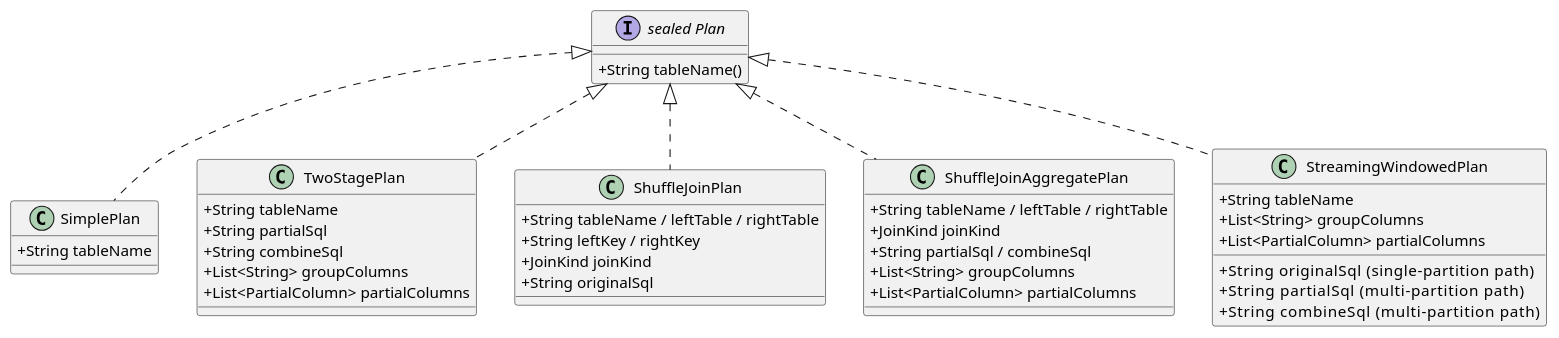
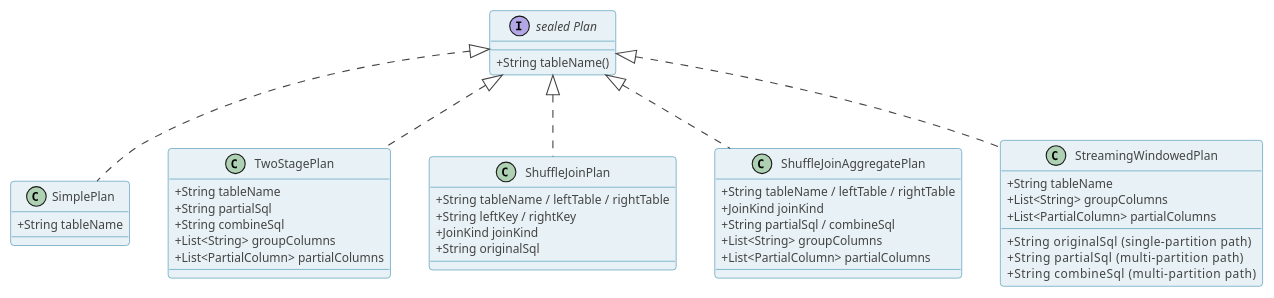
The third of 10 diagrams in docs/user-guide/mesh-user-guide.adoc (geekychris/hitorro-mesh-core), drawn with PlantUML before and after one commit. The commit also changed other lines of this file, not shown here.

```diff
--- a/docs/user-guide/mesh-user-guide.adoc
+++ b/docs/user-guide/mesh-user-guide.adoc
@@ -260,55 +403,69 @@
 [plantuml, plan-hierarchy, svg]
 ....
 @startuml
-skinparam classAttributeIconSize 0
 skinparam backgroundColor transparent
 skinparam defaultFontName Helvetica
+skinparam defaultFontSize 11
+skinparam roundCorner 6
+skinparam shadowing false
+skinparam class {
+  BackgroundColor #E8F1F5
+  BorderColor #2E86AB
+  FontColor #333
+  AttributeFontColor #444
+  ArrowColor #444
+}
+skinparam interface {
+  BackgroundColor #FFF3E0
+  BorderColor #F18F01
+}
+skinparam classAttributeIconSize 0
 
 interface "sealed Plan" as Plan {
   + String tableName()
 }
 
 class SimplePlan {
   + String tableName
 }
 
 class TwoStagePlan {
   + String tableName
   + String partialSql
   + String combineSql
   + List<String> groupColumns
   + List<PartialColumn> partialColumns
 }
 
 class ShuffleJoinPlan {
   + String tableName / leftTable / rightTable
   + String leftKey / rightKey
   + JoinKind joinKind
   + String originalSql
 }
 
 class ShuffleJoinAggregatePlan {
   + String tableName / leftTable / rightTable
   + JoinKind joinKind
   + String partialSql / combineSql
   + List<String> groupColumns
   + List<PartialColumn> partialColumns
 }
 
 class StreamingWindowedPlan {
   + String tableName
-  + String originalSql       (single-partition path)
-  + String partialSql        (multi-partition path)
-  + String combineSql        (multi-partition path)
+  + String originalSql      (single-partition path)
+  + String partialSql       (multi-partition path)
+  + String combineSql       (multi-partition path)
   + List<String> groupColumns
   + List<PartialColumn> partialColumns
 }
 
 Plan <|.. SimplePlan
 Plan <|.. TwoStagePlan
 Plan <|.. ShuffleJoinPlan
 Plan <|.. ShuffleJoinAggregatePlan
 Plan <|.. StreamingWindowedPlan
 
 @enduml
 ....
```
